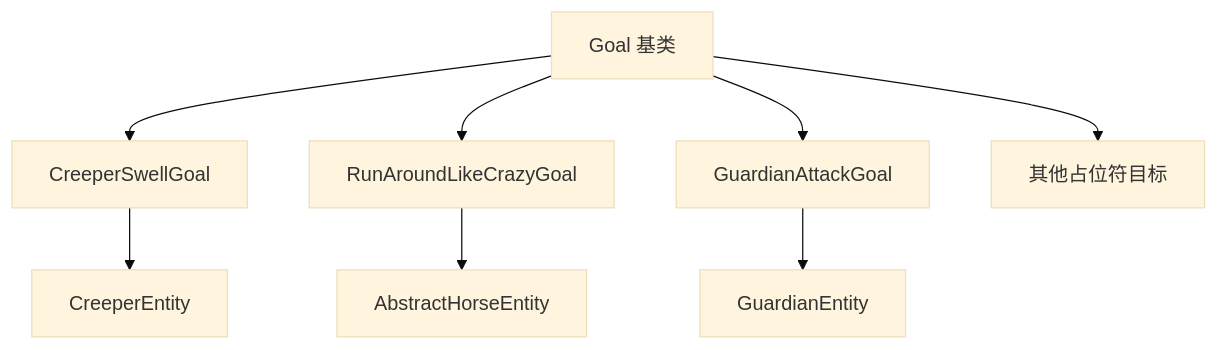
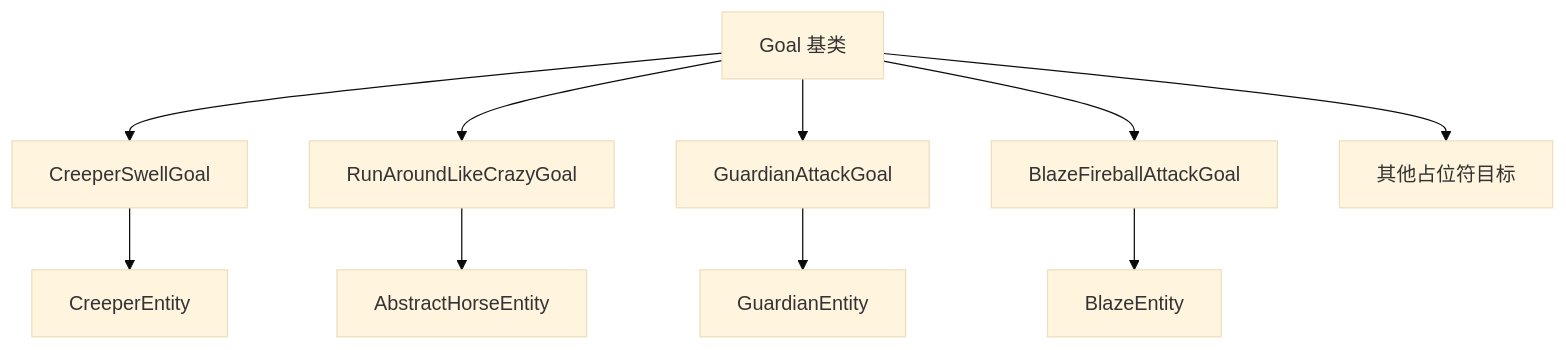
Before and after one commit to g122622/Cubium: the diagram in src/common/entity/ai/goal/goals/special/README.md, drawn with Mermaid (base theme). The commit also changed other lines of this file and 6 other files, not shown here.

````diff
--- a/src/common/entity/ai/goal/goals/special/README.md
+++ b/src/common/entity/ai/goal/goals/special/README.md
@@ -119,11 +164,13 @@
 ```mermaid
 graph TD
     A[Goal 基类] --> B[CreeperSwellGoal]
     A --> C[RunAroundLikeCrazyGoal]
     A --> D[GuardianAttackGoal]
-    A --> E[其他占位符目标]
+    A --> E[BlazeFireballAttackGoal]
+    A --> F[其他占位符目标]
 
-    B --> F[CreeperEntity]
-    C --> G[AbstractHorseEntity]
-    D --> H[GuardianEntity]
+    B --> G[CreeperEntity]
+    C --> H[AbstractHorseEntity]
+    D --> I[GuardianEntity]
+    E --> J[BlazeEntity]
 ```
````
